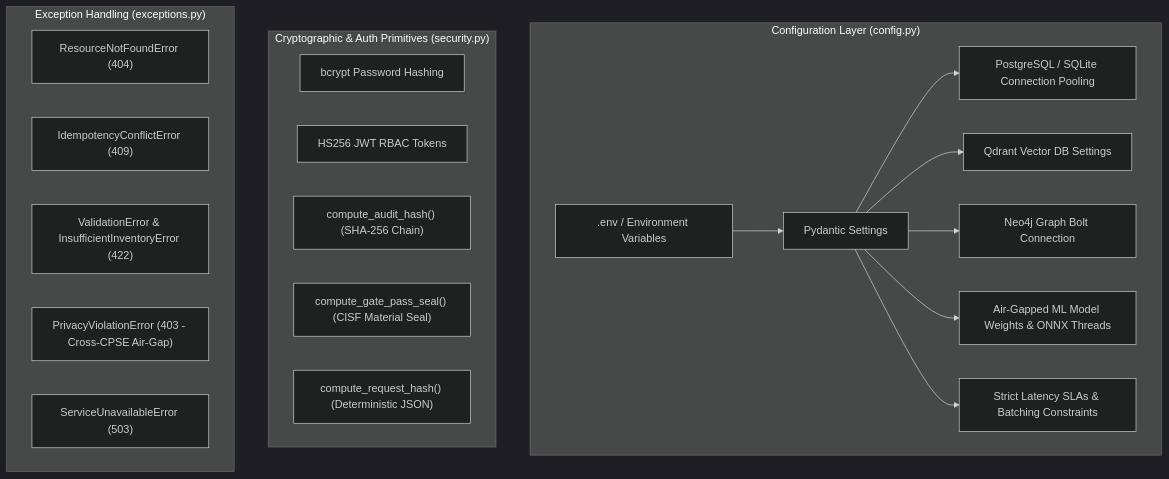
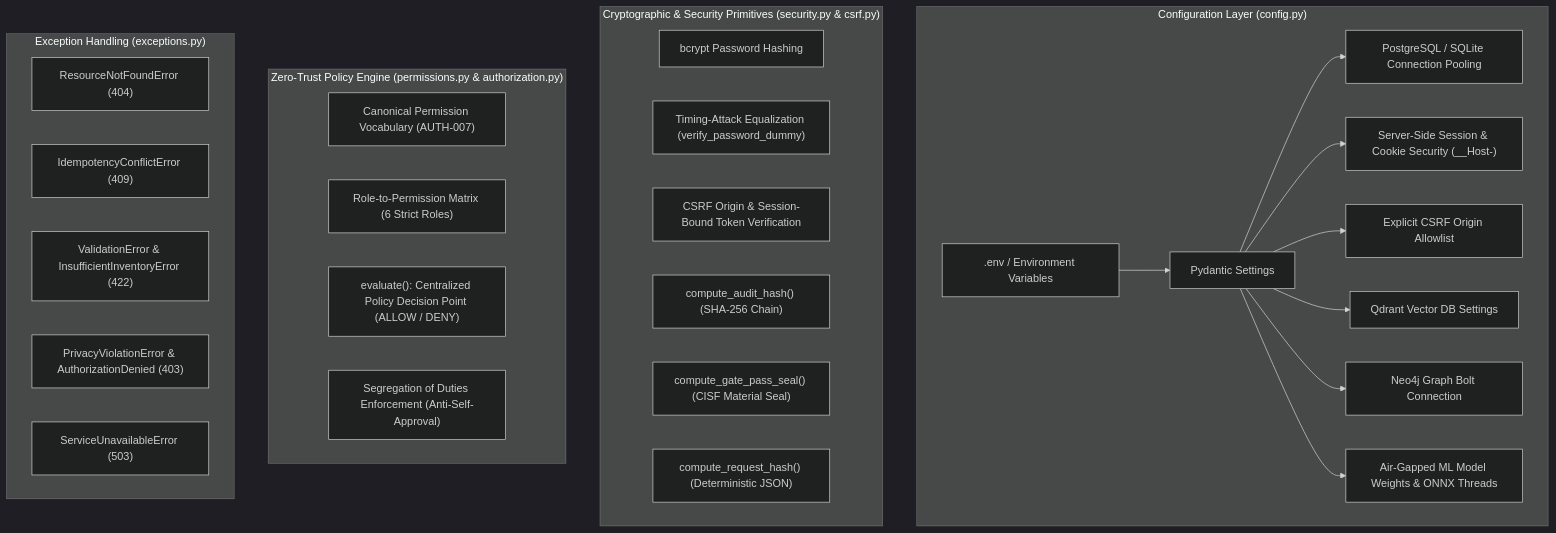
Before and after one commit to Gesicht436/Samanvay-AI: the diagram in backend/app/core/README.md, drawn with Mermaid (dark theme). The commit also changed other lines of this file and 20 other files, not shown here.

First line of the commit message:
docs: update architectural documentation, security specs, and dev runbooks for enterprise auth

````diff
--- a/backend/app/core/README.md
+++ b/backend/app/core/README.md
@@ -7,27 +7,36 @@
 ```mermaid
 flowchart TD
     subgraph Environment["Configuration Layer (config.py)"]
         ENV[".env / Environment Variables"] --> Settings["Pydantic Settings"]
         Settings --> DB_CFG["PostgreSQL / SQLite Connection Pooling"]
+        Settings --> SESS_CFG["Server-Side Session & Cookie Security (__Host-)"]
+        Settings --> ORIGIN_CFG["Explicit CSRF Origin Allowlist"]
         Settings --> QDRANT_CFG["Qdrant Vector DB Settings"]
         Settings --> NEO4J_CFG["Neo4j Graph Bolt Connection"]
         Settings --> ML_CFG["Air-Gapped ML Model Weights & ONNX Threads"]
-        Settings --> SLA_CFG["Strict Latency SLAs & Batching Constraints"]
     end
 
-    subgraph SecurityLayer["Cryptographic & Auth Primitives (security.py)"]
+    subgraph SecurityLayer["Cryptographic & Security Primitives (security.py & csrf.py)"]
         BCRYPT["bcrypt Password Hashing"]
-        JWT["HS256 JWT RBAC Tokens"]
+        DUMMY_BCRYPT["Timing-Attack Equalization (verify_password_dummy)"]
+        CSRF_CHECK["CSRF Origin & Session-Bound Token Verification"]
         AUDIT_HASH["compute_audit_hash() (SHA-256 Chain)"]
         GATEPASS_HASH["compute_gate_pass_seal() (CISF Material Seal)"]
         IDEMP_HASH["compute_request_hash() (Deterministic JSON)"]
+    end
+
+    subgraph AuthorizationEngine["Zero-Trust Policy Engine (permissions.py & authorization.py)"]
+        PERM_VOCAB["Canonical Permission Vocabulary (AUTH-007)"]
+        ROLE_MAP["Role-to-Permission Matrix (6 Strict Roles)"]
+        EVAL_ENGINE["evaluate(): Centralized Policy Decision Point (ALLOW / DENY)"]
+        SOD_CHECK["Segregation of Duties Enforcement (Anti-Self-Approval)"]
     end
 
     subgraph ErrorContracts["Exception Handling (exceptions.py)"]
         ERR_404["ResourceNotFoundError (404)"]
         ERR_409["IdempotencyConflictError (409)"]
         ERR_422["ValidationError & InsufficientInventoryError (422)"]
-        ERR_403["PrivacyViolationError (403 - Cross-CPSE Air-Gap)"]
+        ERR_403["PrivacyViolationError & AuthorizationDenied (403)"]
         ERR_503["ServiceUnavailableError (503)"]
     end
 ```
````
